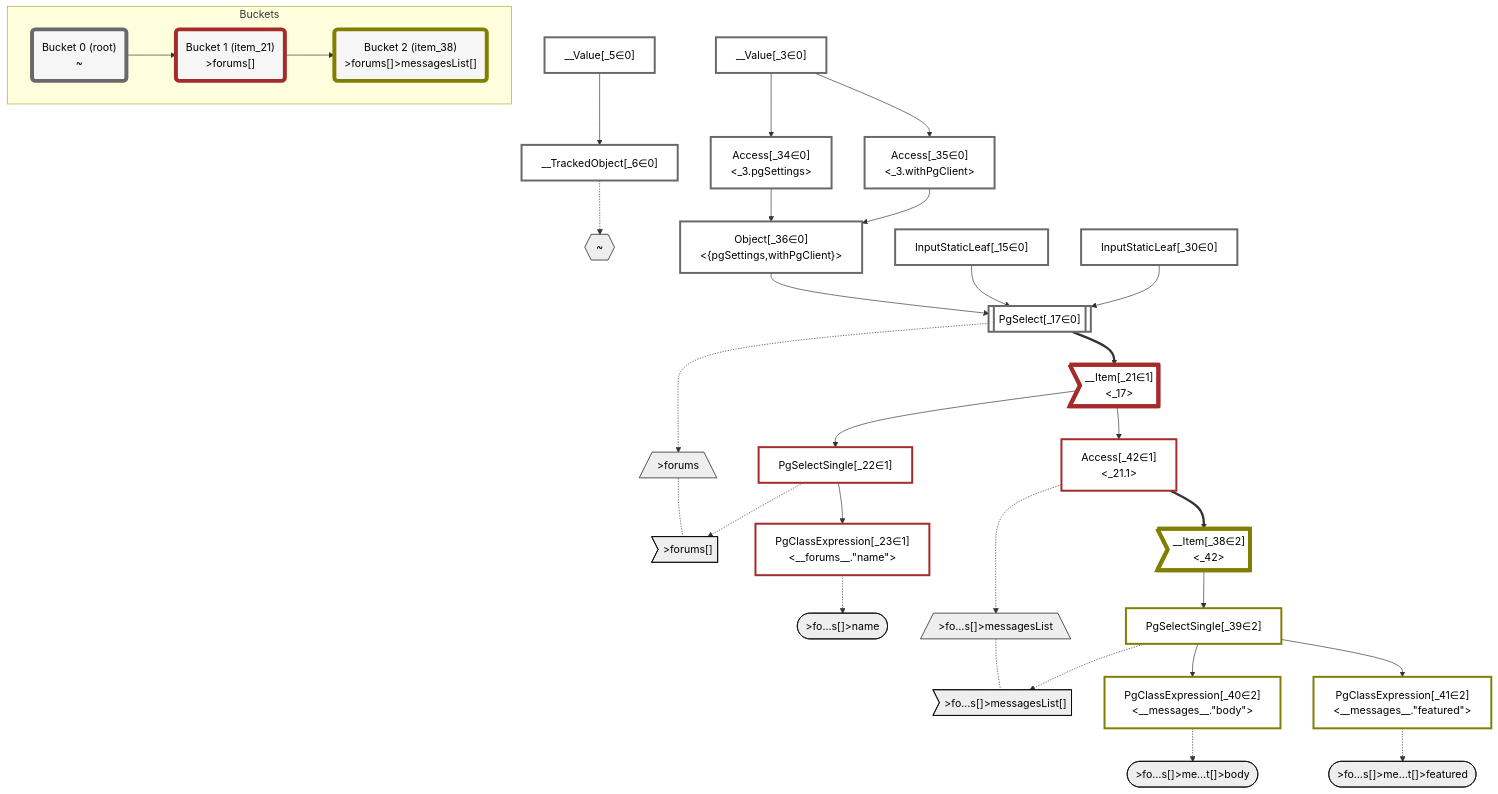
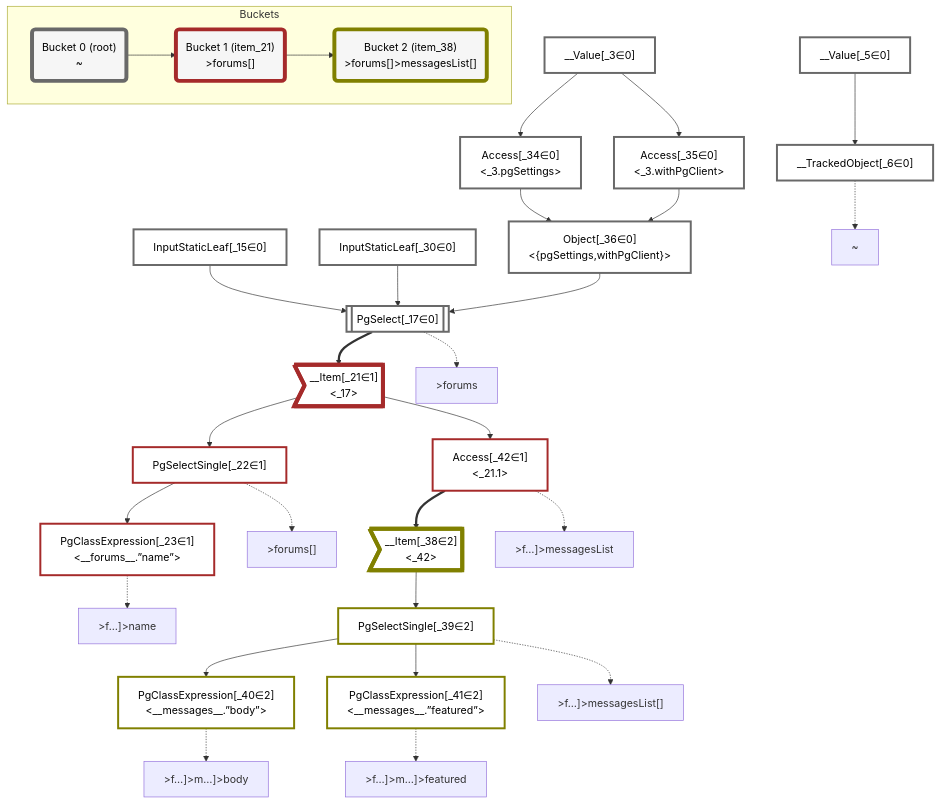
One commit to graphile/crystal changed the diagram in packages/dataplan-pg/__tests__/queries/conditions/complex-filter.mermaid.md. Above: the diagram before and after it, drawn with Mermaid. The commit also changed 195 other files, not shown here.

```diff
--- a/packages/dataplan-pg/__tests__/queries/conditions/complex-filter.mermaid.md
+++ b/packages/dataplan-pg/__tests__/queries/conditions/complex-filter.mermaid.md
@@ -6,23 +6,6 @@
     classDef sideeffectplan fill:#f00,stroke-width:6px,color:#000
     classDef bucket fill:#f6f6f6,color:#000,stroke-width:6px
 
-    %% subgraph fields
-    P1{{"~"}}:::path
-    P2[/">forums"\]:::path
-    P3>">forums[]"]:::path
-    P2 -.- P3
-    P4([">fo…s[]>name"]):::path
-    %% P3 -.-> P4
-    P5[/">fo…s[]>messagesList"\]:::path
-    P6>">fo…s[]>messagesList[]"]:::path
-    P5 -.- P6
-    P7([">fo…s[]>me…t[]>body"]):::path
-    %% P6 -.-> P7
-    P8([">fo…s[]>me…t[]>featured"]):::path
-    %% P6 -.-> P8
-    %% P3 -.-> P5
-    %% P1 -.-> P2
-    %% end
 
     %% define plans
     __Value_3["__Value[_3∈0]<br /><context>"]:::plan
@@ -32,15 +15,15 @@
     PgSelect_17[["PgSelect[_17∈0]<br /><forums>"]]:::plan
     __Item_21>"__Item[_21∈1]<br /><_17>"]:::itemplan
     PgSelectSingle_22["PgSelectSingle[_22∈1]<br /><forums>"]:::plan
-    PgClassExpression_23["PgClassExpression[_23∈1]<br /><__forums__.#quot;name#quot;>"]:::plan
+    PgClassExpression_23["PgClassExpression[_23∈1]<br /><__forums__.”name”>"]:::plan
     InputStaticLeaf_30["InputStaticLeaf[_30∈0]"]:::plan
     Access_34["Access[_34∈0]<br /><_3.pgSettings>"]:::plan
     Access_35["Access[_35∈0]<br /><_3.withPgClient>"]:::plan
     Object_36["Object[_36∈0]<br /><{pgSettings,withPgClient}>"]:::plan
     __Item_38>"__Item[_38∈2]<br /><_42>"]:::itemplan
     PgSelectSingle_39["PgSelectSingle[_39∈2]<br /><messages>"]:::plan
-    PgClassExpression_40["PgClassExpression[_40∈2]<br /><__messages__.#quot;body#quot;>"]:::plan
-    PgClassExpression_41["PgClassExpression[_41∈2]<br /><__messages__.#quot;featured#quot;>"]:::plan
+    PgClassExpression_40["PgClassExpression[_40∈2]<br /><__messages__.”body”>"]:::plan
+    PgClassExpression_41["PgClassExpression[_41∈2]<br /><__messages__.”featured”>"]:::plan
     Access_42["Access[_42∈1]<br /><_21.1>"]:::plan
 
     %% plan dependencies
@@ -62,13 +45,21 @@
     __Item_21 --> Access_42
 
     %% plan-to-path relationships
+    P1["~"]
     __TrackedObject_6 -.-> P1
+    P2[">forums"]
     PgSelect_17 -.-> P2
+    P3[">forums[]"]
     PgSelectSingle_22 -.-> P3
+    P4[">f…]>name"]
     PgClassExpression_23 -.-> P4
+    P5[">f…]>messagesList"]
     Access_42 -.-> P5
+    P6[">f…]>messagesList[]"]
     PgSelectSingle_39 -.-> P6
+    P7[">f…]>m…]>body"]
     PgClassExpression_40 -.-> P7
+    P8[">f…]>m…]>featured"]
     PgClassExpression_41 -.-> P8
 
     %% allocate buckets
```
